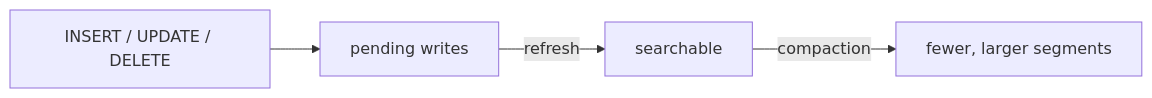
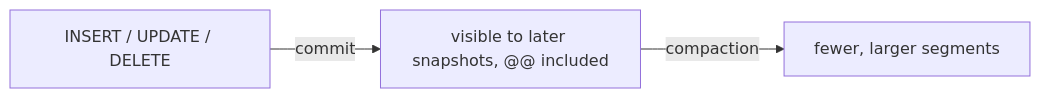
One commit to serenedb/serenedb changed the diagram in docs/sql/indexes/inverted/maintenance.md. Above: the diagram before and after it, drawn with Mermaid. The commit also changed other lines of this file and 1843 other files, not shown here.

````diff
--- a/docs/sql/indexes/inverted/maintenance.md
+++ b/docs/sql/indexes/inverted/maintenance.md
@@ -12,6 +12,5 @@
 ```mermaid
 flowchart LR
-    w["INSERT / UPDATE / DELETE"] --> buf["pending writes"]
-    buf -->|refresh| vis["searchable"]
-    vis -->|compaction| merged["fewer, larger segments"]
+    w["INSERT / UPDATE / DELETE"] -->|commit| idx["visible to later snapshots, @@ included"]
+    idx -->|compaction| merged["fewer, larger segments"]
 ```
````
